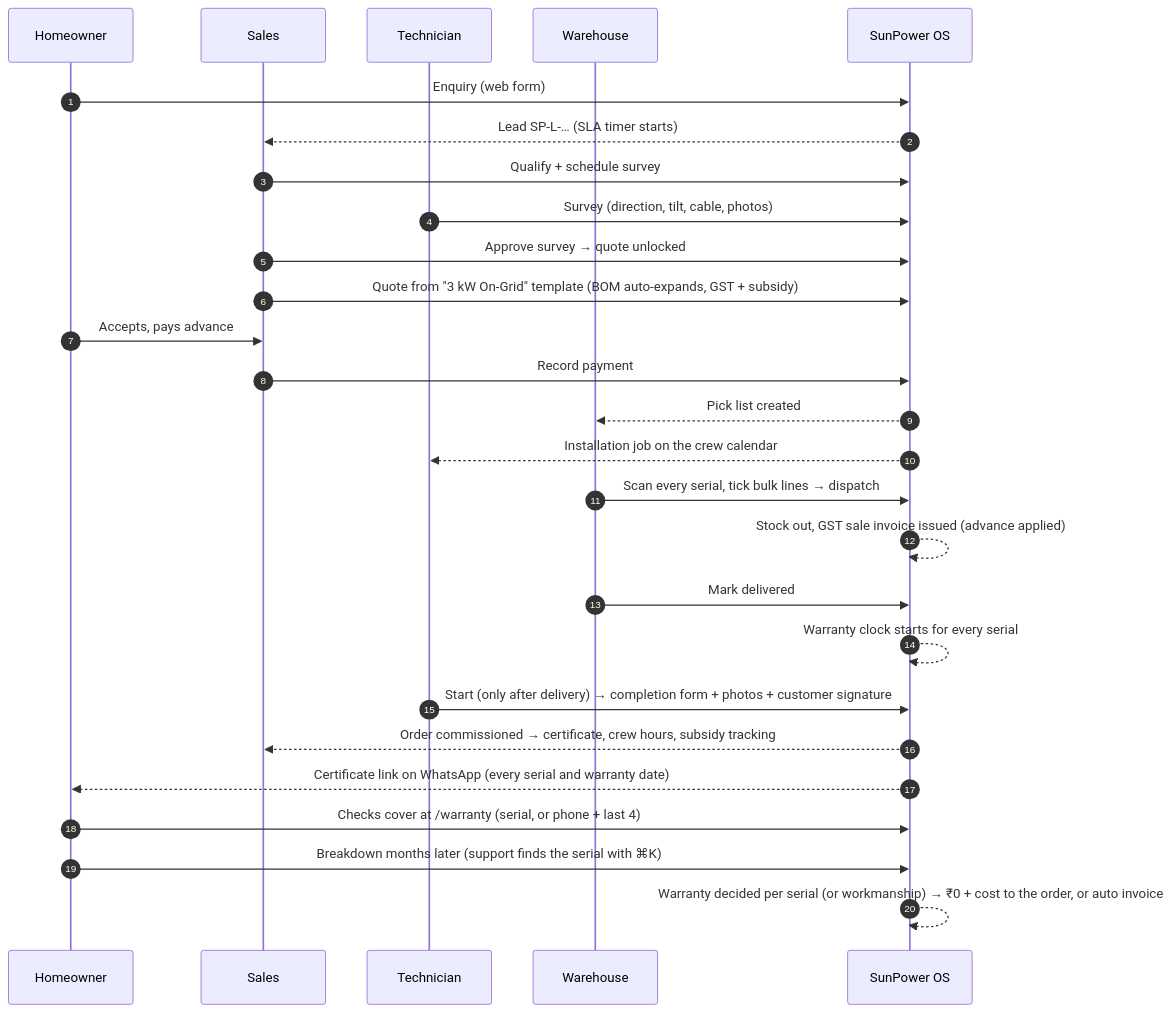
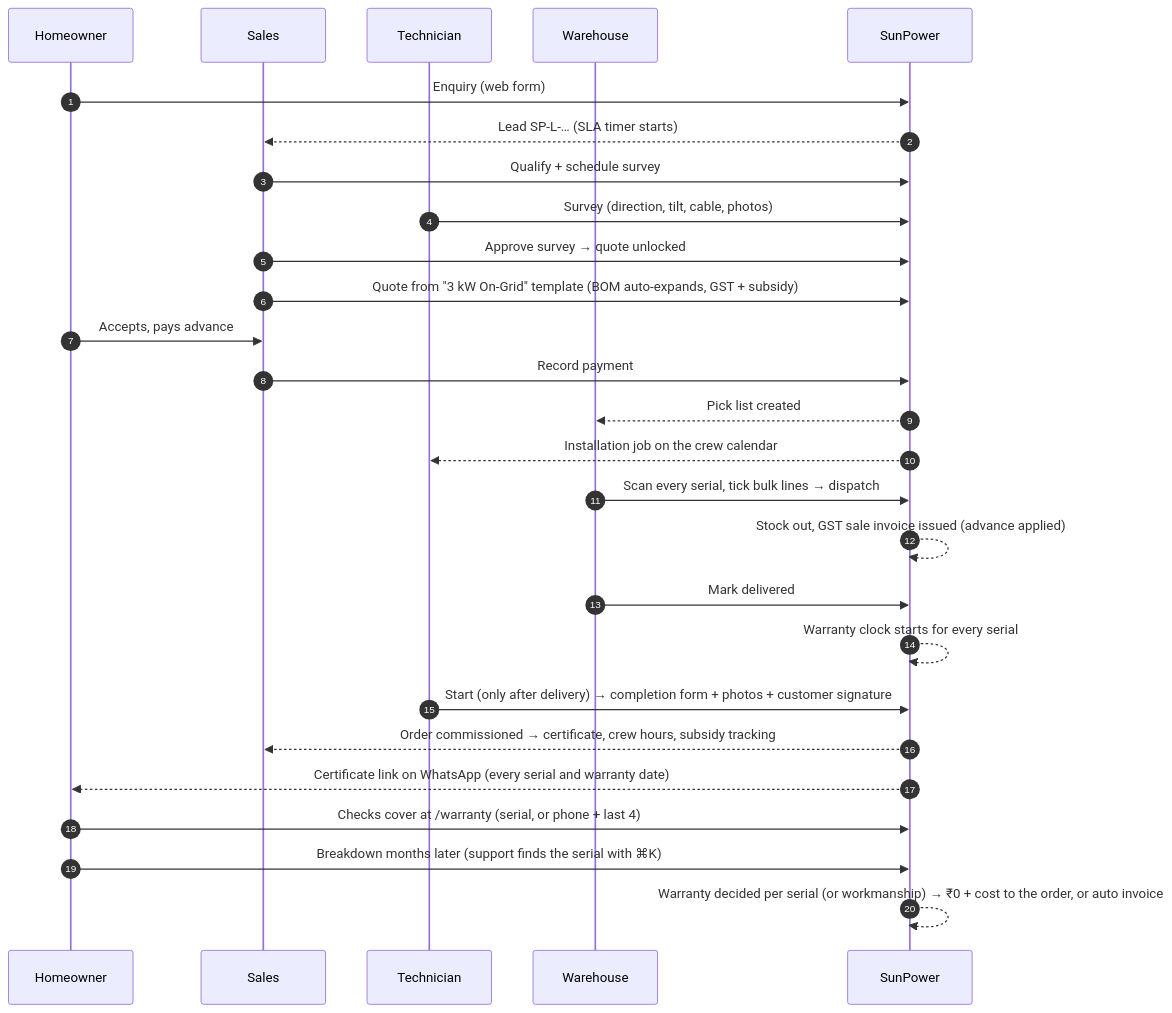
The fourth of 6 diagrams in engineering/Architecture.md (hanvithSai/sunpower), drawn with Mermaid before and after one commit. The commit also changed 13 other files, not shown here.

Commit message:
Rewrote style guide and rebranded docs to SunPower

````diff
--- a/engineering/Architecture.md
+++ b/engineering/Architecture.md
@@ -88,29 +88,29 @@
 ```mermaid
 sequenceDiagram
   autonumber
   participant C as Homeowner
   participant Sales
   participant Tech as Technician
   participant WH as Warehouse
-  participant Sys as SunPower OS
+  participant Sys as SunPower
   C->>Sys: Enquiry (web form)
   Sys-->>Sales: Lead SP-L-… (SLA timer starts)
   Sales->>Sys: Qualify + schedule survey
   Tech->>Sys: Survey (direction, tilt, cable, photos)
   Sales->>Sys: Approve survey → quote unlocked
   Sales->>Sys: Quote from "3 kW On-Grid" template (BOM auto-expands, GST + subsidy)
   C->>Sales: Accepts, pays advance
   Sales->>Sys: Record payment
   Sys-->>WH: Pick list created
   Sys-->>Tech: Installation job on the crew calendar
   WH->>Sys: Scan every serial, tick bulk lines → dispatch
   Sys-->>Sys: Stock out, GST sale invoice issued (advance applied)
   WH->>Sys: Mark delivered
   Sys-->>Sys: Warranty clock starts for every serial
   Tech->>Sys: Start (only after delivery) → completion form + photos + customer signature
   Sys-->>Sales: Order commissioned → certificate, crew hours, subsidy tracking
   Sys-->>C: Certificate link on WhatsApp (every serial and warranty date)
   C->>Sys: Checks cover at /warranty (serial, or phone + last 4)
   C->>Sys: Breakdown months later (support finds the serial with ⌘K)
   Sys-->>Sys: Warranty decided per serial (or workmanship) → ₹0 + cost to the order, or auto invoice
 ```
````
